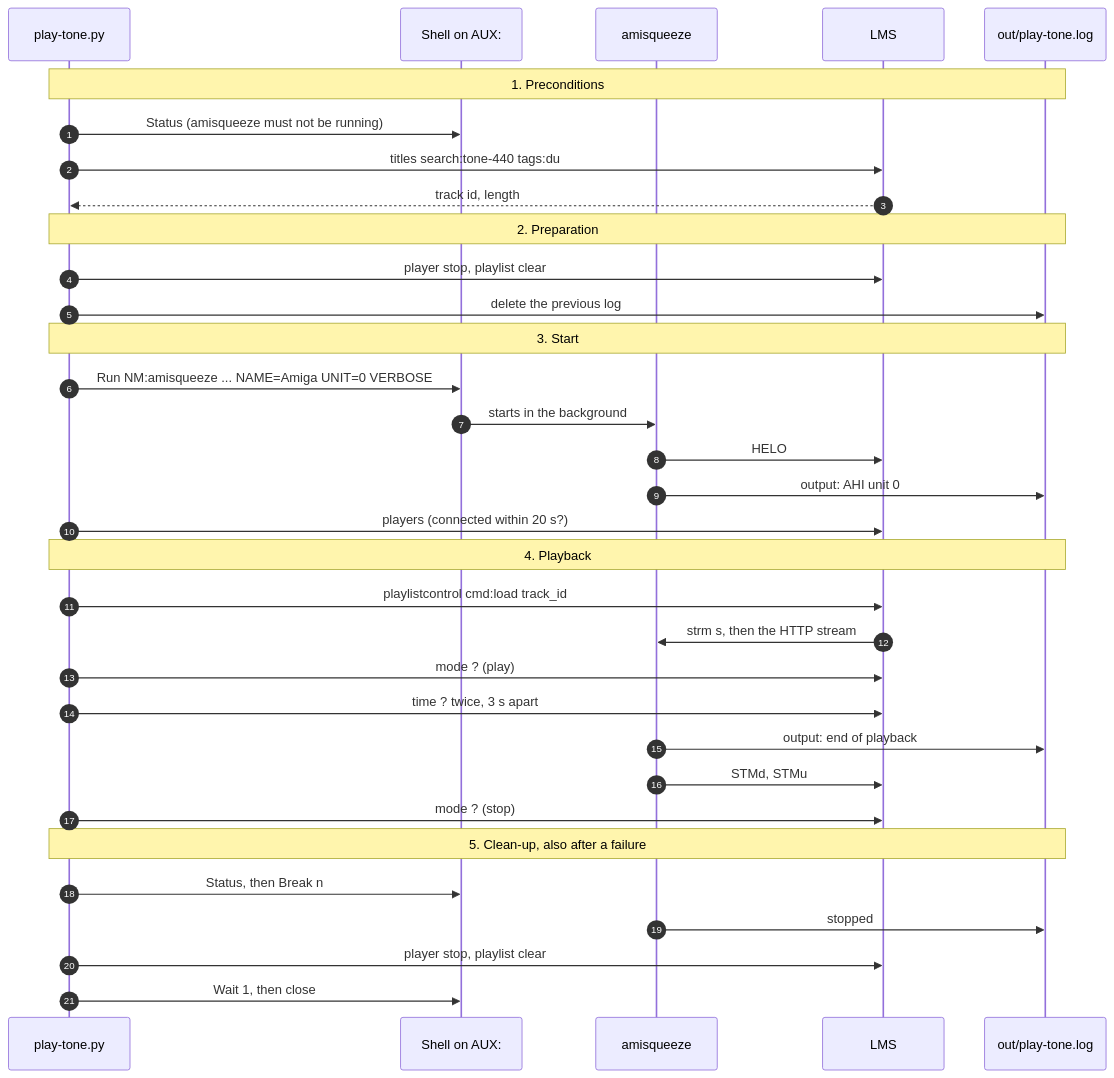
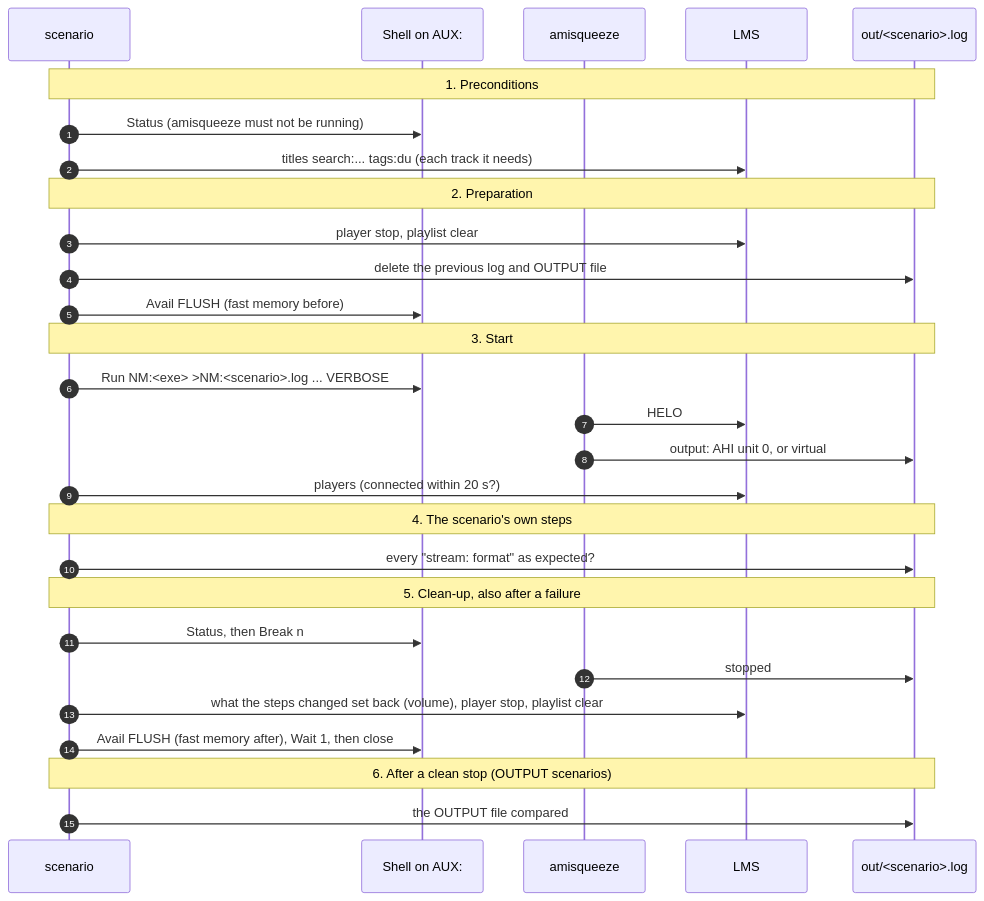
One commit to shadow38/amiga-network-music changed the third of 4 diagrams in docs/development/winuae-scenarios.md. Above: the diagram before and after it, drawn with Mermaid. The commit also changed other lines of this file and 12 other files, not shown here.

````diff
--- a/docs/development/winuae-scenarios.md
+++ b/docs/development/winuae-scenarios.md
@@ -106,36 +156,31 @@
 ```mermaid
 sequenceDiagram
     autonumber
-    participant P as play-tone.py
+    participant P as scenario
     participant W as Shell on AUX:
     participant A as amisqueeze
     participant L as LMS
-    participant F as out/play-tone.log
+    participant F as out/<scenario>.log
 
     Note over P,F: 1. Preconditions
     P->>W: Status (amisqueeze must not be running)
-    P->>L: titles search:tone-440 tags:du
-    L-->>P: track id, length
+    P->>L: titles search:... tags:du (each track it needs)
     Note over P,F: 2. Preparation
     P->>L: player stop, playlist clear
-    P->>F: delete the previous log
+    P->>F: delete the previous log and OUTPUT file
+    P->>W: Avail FLUSH (fast memory before)
     Note over P,F: 3. Start
-    P->>W: Run NM:amisqueeze ... NAME=Amiga UNIT=0 VERBOSE
-    W->>A: starts in the background
+    P->>W: Run NM:<exe> >NM:<scenario>.log ... VERBOSE
     A->>L: HELO
-    A->>F: output: AHI unit 0
+    A->>F: output: AHI unit 0, or virtual
     P->>L: players (connected within 20 s?)
-    Note over P,F: 4. Playback
-    P->>L: playlistcontrol cmd:load track_id
-    L->>A: strm s, then the HTTP stream
-    P->>L: mode ? (play)
-    P->>L: time ? twice, 3 s apart
-    A->>F: output: end of playback
-    A->>L: STMd, STMu
-    P->>L: mode ? (stop)
+    Note over P,F: 4. The scenario's own steps
+    P->>F: every "stream: format" as expected?
     Note over P,F: 5. Clean-up, also after a failure
     P->>W: Status, then Break n
     A->>F: stopped
-    P->>L: player stop, playlist clear
-    P->>W: Wait 1, then close
+    P->>L: what the steps changed set back (volume), player stop, playlist clear
+    P->>W: Avail FLUSH (fast memory after), Wait 1, then close
+    Note over P,F: 6. After a clean stop (OUTPUT scenarios)
+    P->>F: the OUTPUT file compared
 ```
````
